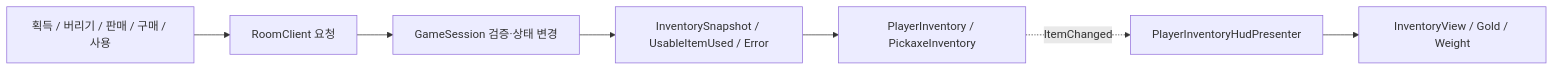
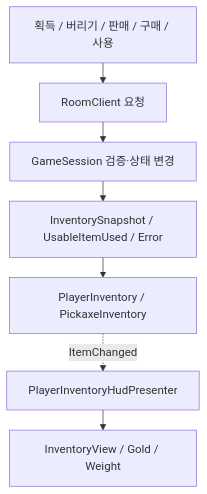
One commit to keeeery/portfolio changed the sixth of 7 diagrams in src/3-Folk-Sack/TechDoc_FolkSack.md. Above: the diagram before and after it, drawn with Mermaid. The commit also changed other lines of this file and 11 other files, not shown here.

Commit message:
기술 문서 다이어그램 정리: 세로 배치·복귀 상태 분리, Folk Sack 구조도 지형 연결 맞추기, 주요 패키지 바로잡기

````diff
--- a/src/3-Folk-Sack/TechDoc_FolkSack.md
+++ b/src/3-Folk-Sack/TechDoc_FolkSack.md
@@ -711,9 +722,10 @@
 ```mermaid
-flowchart LR
+%%{init: {"flowchart": {"rankSpacing": 28, "nodeSpacing": 30}}}%%
+flowchart TB
     User["획득 / 버리기 / 판매 / 구매 / 사용"] --> Req["RoomClient 요청"]
     Req --> Server["GameSession 검증·상태 변경"]
     Server --> Snapshot["InventorySnapshot / UsableItemUsed / Error"]
     Snapshot --> Model["PlayerInventory / PickaxeInventory"]
     Model -.ItemChanged.-> Presenter["PlayerInventoryHudPresenter"]
     Presenter --> View["InventoryView / Gold / Weight"]
 ```
````
